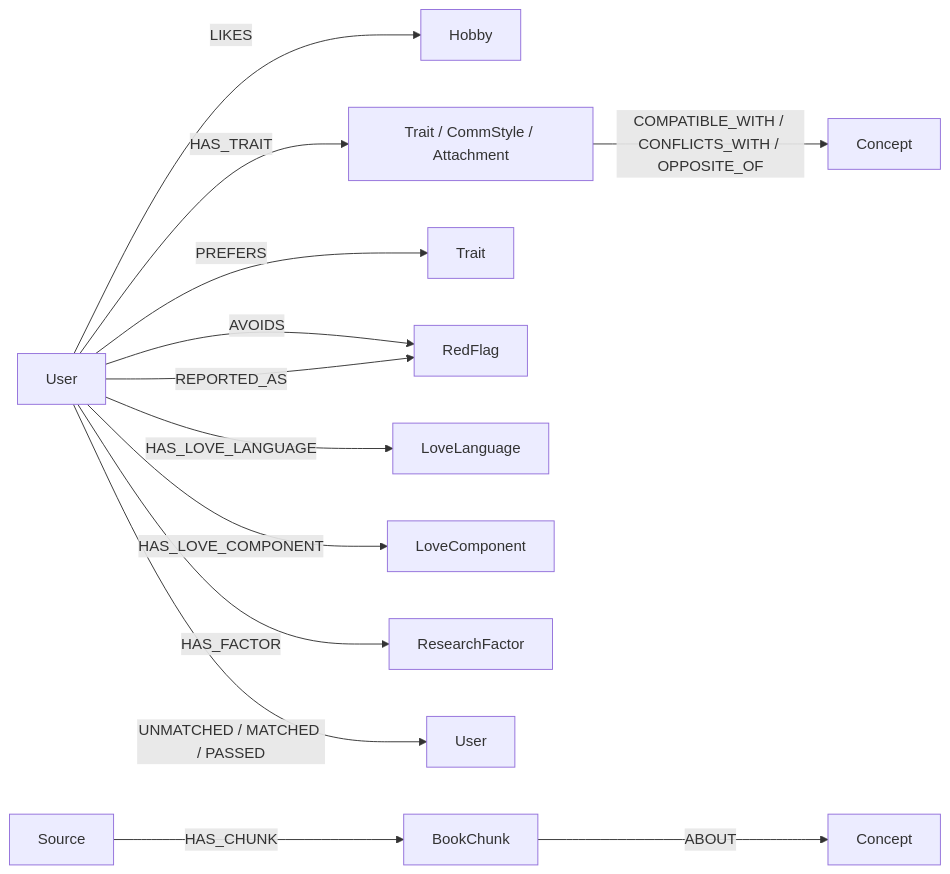
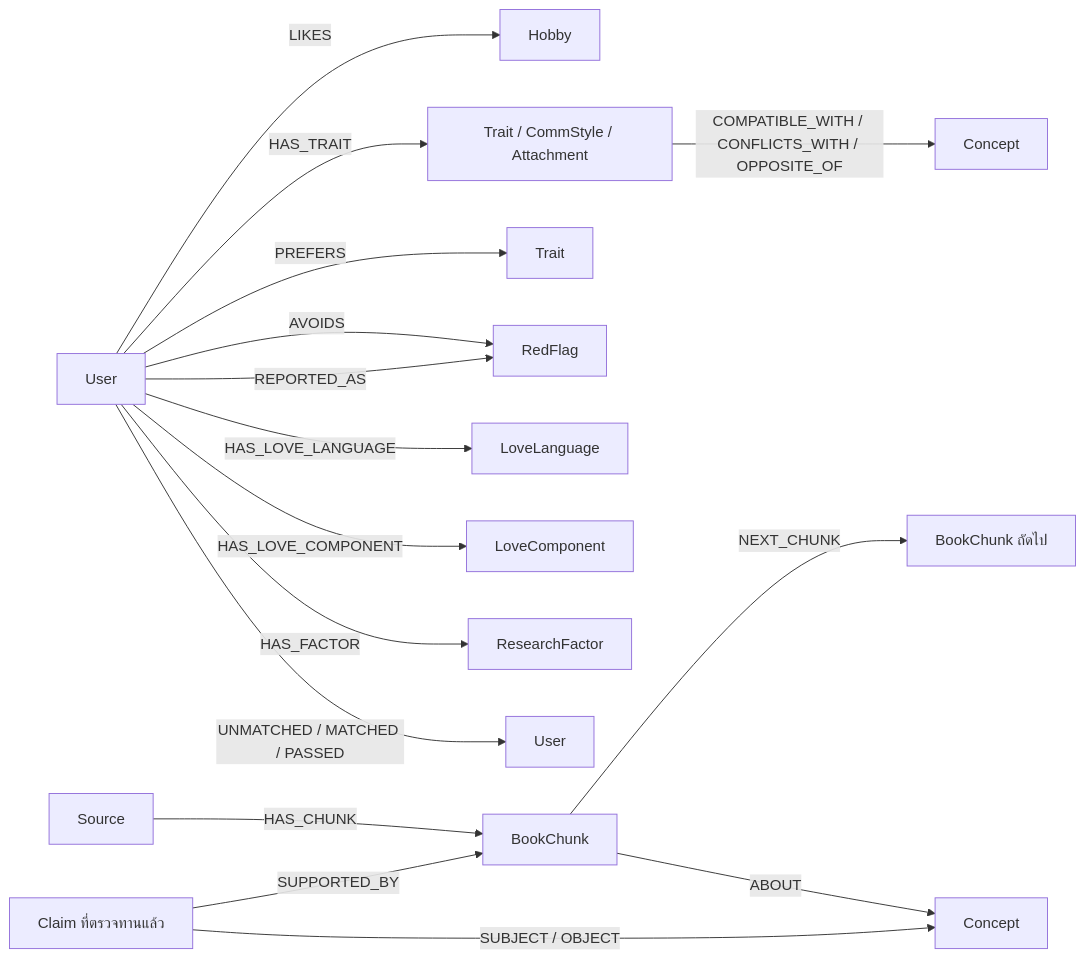
Before and after one commit to NontakonKan/Project_ai_dealing: the diagram in graph/README.md, drawn with Mermaid. The commit also changed other lines of this file and 12 other files, not shown here.

Commit message:
Improve evidence-aware graph retrieval and evaluation

````diff
--- a/graph/README.md
+++ b/graph/README.md
@@ -21,15 +21,18 @@
 ```mermaid
 graph LR
   U[User] -->|LIKES| H[Hobby]
   U -->|HAS_TRAIT| T[Trait / CommStyle / Attachment]
   U -->|PREFERS| P[Trait]
   U -->|AVOIDS| R[RedFlag]
   U -->|REPORTED_AS| R
   U -->|HAS_LOVE_LANGUAGE| L[LoveLanguage]
   U -->|HAS_LOVE_COMPONENT| C[LoveComponent]
   U -->|HAS_FACTOR| F[ResearchFactor]
   U -->|UNMATCHED / MATCHED / PASSED| V[User]
   T -->|COMPATIBLE_WITH / CONFLICTS_WITH / OPPOSITE_OF| T2[Concept]
   S[Source] -->|HAS_CHUNK| B[BookChunk]
+  B -->|NEXT_CHUNK| B2[BookChunk ถัดไป]
   B -->|ABOUT| K[Concept]
+  Q[Claim ที่ตรวจทานแล้ว] -->|SUBJECT / OBJECT| K
+  Q -->|SUPPORTED_BY| B
 ```
````
